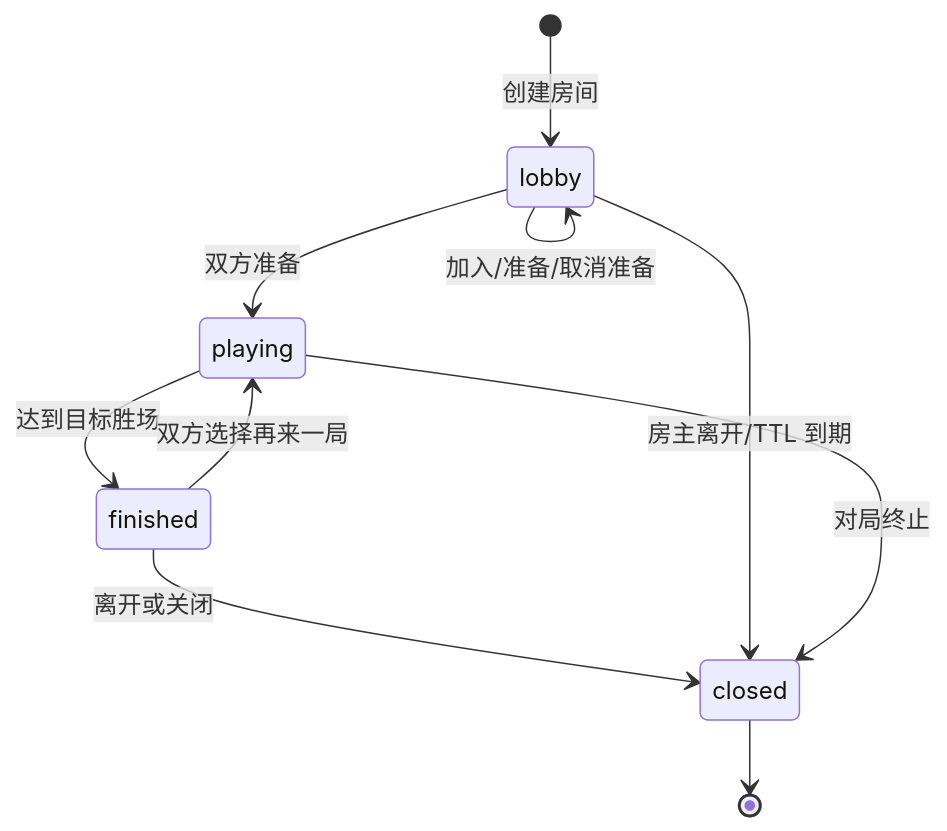
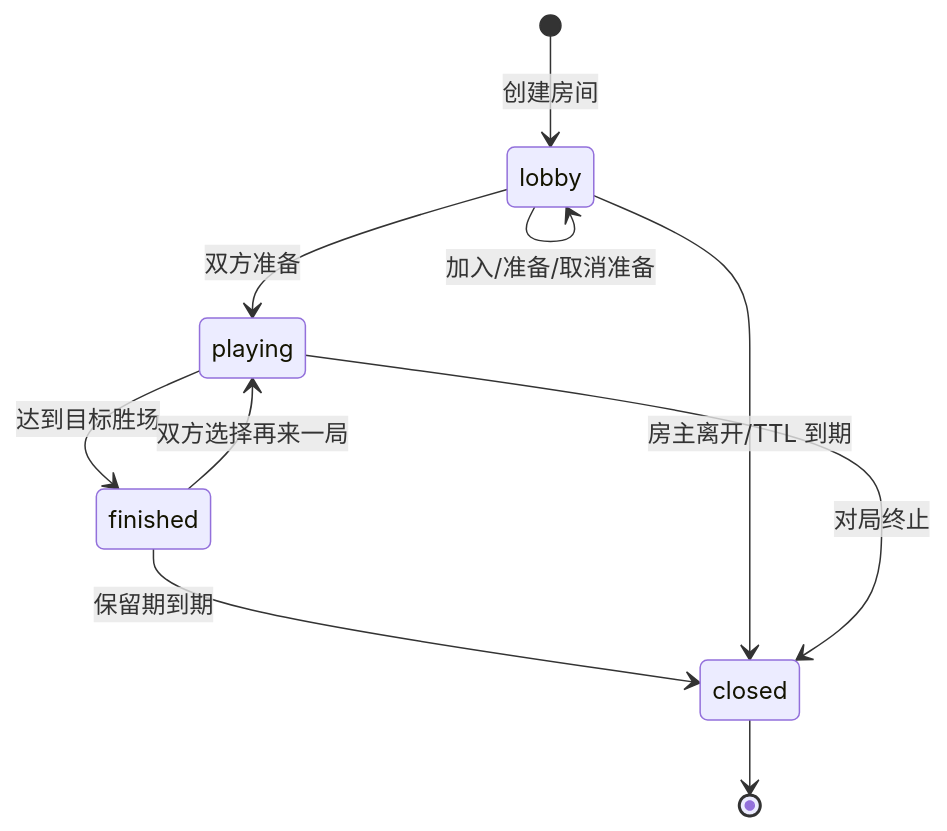
The first of 2 diagrams in docs/multiplayer.md (jachinzhang1/TouhouFlandre), drawn with Mermaid before and after one commit. The commit also changed other lines of this file and 1 other file, not shown here.

````diff
--- a/docs/multiplayer.md
+++ b/docs/multiplayer.md
@@ -30,12 +31,12 @@
 ```mermaid
 stateDiagram-v2
     [*] --> lobby: 创建房间
     lobby --> lobby: 加入/准备/取消准备
     lobby --> playing: 双方准备
     playing --> finished: 达到目标胜场
     finished --> playing: 双方选择再来一局
-    finished --> closed: 离开或关闭
+    finished --> closed: 保留期到期
     lobby --> closed: 房主离开/TTL 到期
     playing --> closed: 对局终止
     closed --> [*]
 ```
````
